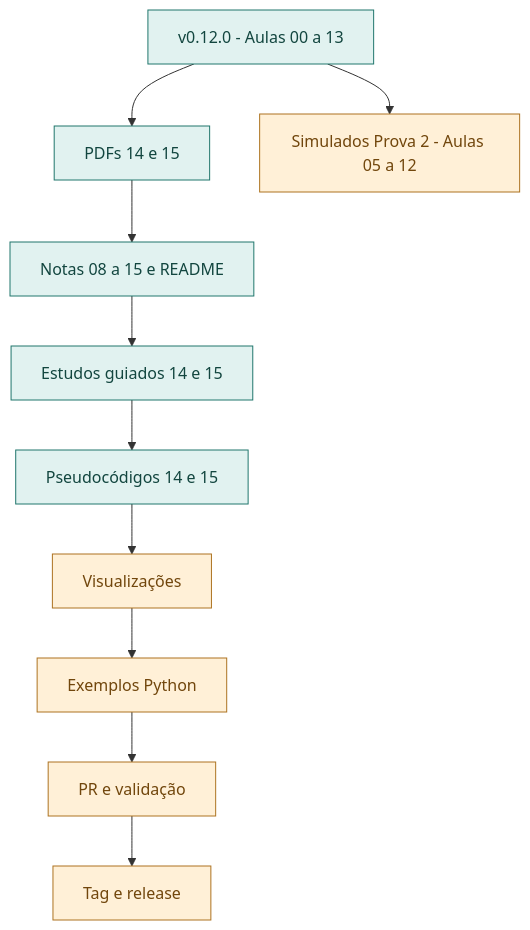
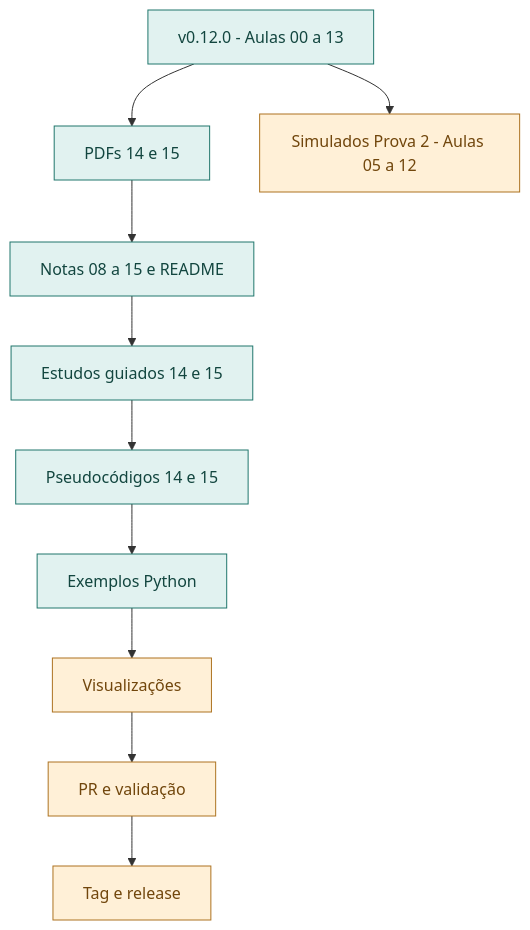
Before and after one commit to tiagofga/EC-IA: the diagram in docs/roadmap.md, drawn with Mermaid. The commit also changed other lines of this file and 19 other files, not shown here.

Commit message:
feat(exemplos): publish immune systems and ensemble Python practice

````diff
--- a/docs/roadmap.md
+++ b/docs/roadmap.md
@@ -51,16 +51,16 @@
 ```mermaid
 flowchart TD
   A["v0.12.0 - Aulas 00 a 13"] --> B["PDFs 14 e 15"]
   B --> C["Notas 08 a 15 e README"]
   C --> D["Estudos guiados 14 e 15"]
   D --> E["Pseudocódigos 14 e 15"]
-  E --> F["Visualizações"]
-  F --> G["Exemplos Python"]
+  E --> F["Exemplos Python"]
+  F --> G["Visualizações"]
   G --> H["PR e validação"]
   H --> I["Tag e release"]
   A --> J["Simulados Prova 2 - Aulas 05 a 12"]
   classDef done fill:#e1f2f0,stroke:#20766c,color:#12463f;
   classDef pending fill:#fff0d7,stroke:#ad7321,color:#71460c;
-  class A,B,C,D,E done;
-  class F,G,H,I,J pending;
+  class A,B,C,D,E,F done;
+  class G,H,I,J pending;
 ```
````
